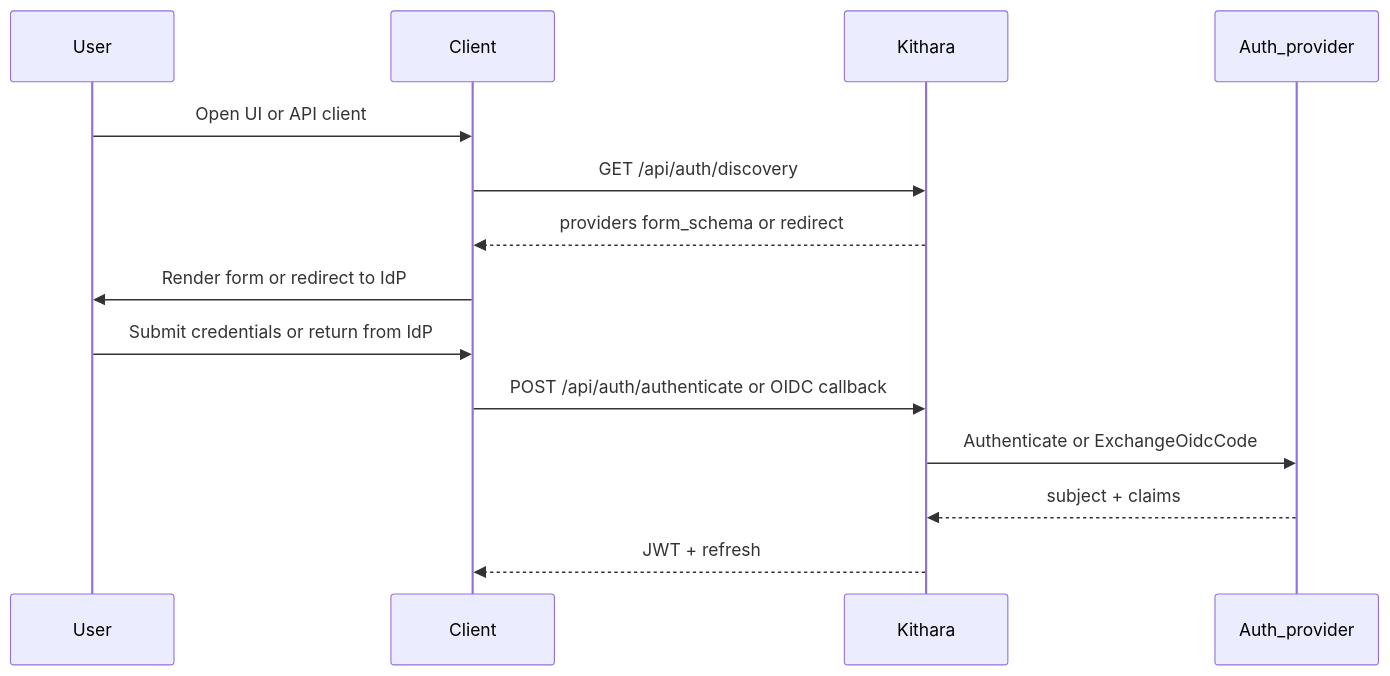
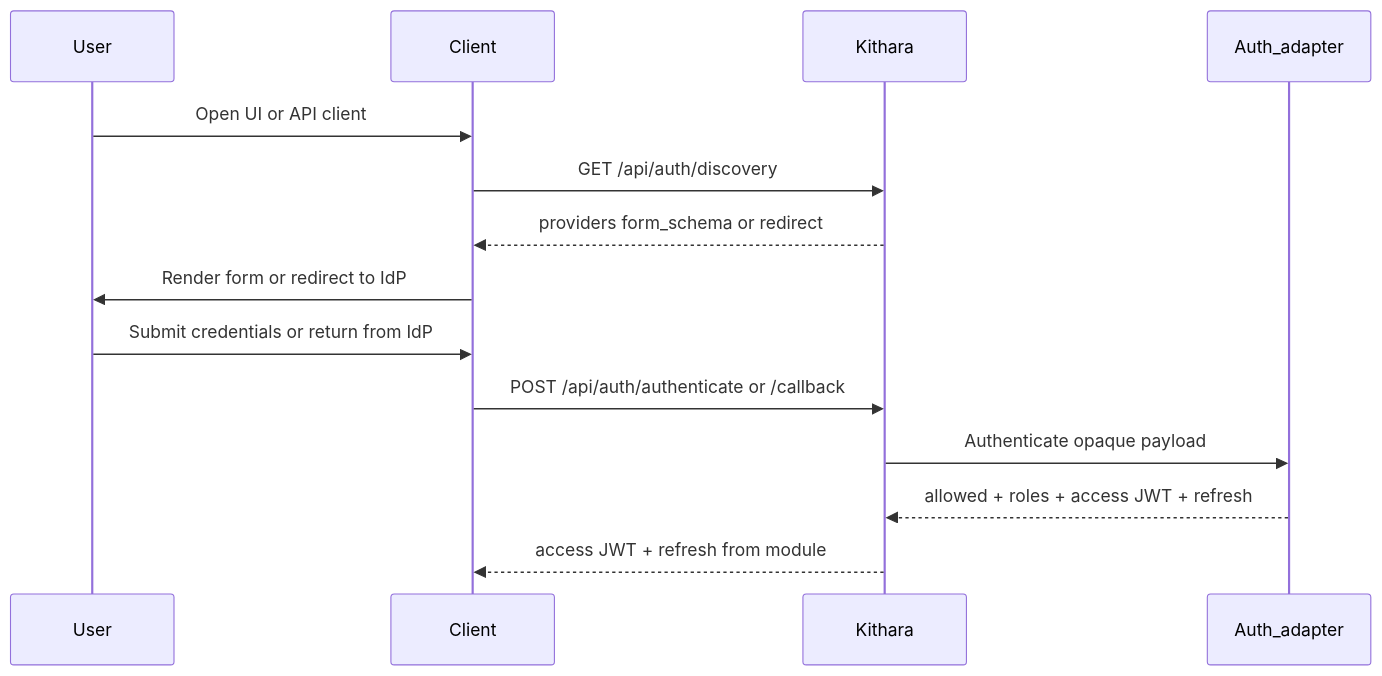
Before and after one commit to Bardie-radio/.github: the third of 3 diagrams in profile/docs/architecture/04-user-journeys.md, drawn with Mermaid. The commit also changed other lines of this file and 11 other files, not shown here.

````diff
--- a/profile/docs/architecture/04-user-journeys.md
+++ b/profile/docs/architecture/04-user-journeys.md
@@ -41,17 +41,17 @@
 ```mermaid
 sequenceDiagram
   participant User
   participant Client
   participant Kithara
-  participant Provider as Auth_provider
+  participant Adapter as Auth_adapter
 
   User->>Client: Open UI or API client
   Client->>Kithara: GET /api/auth/discovery
   Kithara-->>Client: providers form_schema or redirect
   Client->>User: Render form or redirect to IdP
   User->>Client: Submit credentials or return from IdP
-  Client->>Kithara: POST /api/auth/authenticate or OIDC callback
-  Kithara->>Provider: Authenticate or ExchangeOidcCode
-  Provider-->>Kithara: subject + claims
-  Kithara-->>Client: JWT + refresh
+  Client->>Kithara: POST /api/auth/authenticate or /callback
+  Kithara->>Adapter: Authenticate opaque payload
+  Adapter-->>Kithara: allowed + roles + access JWT + refresh
+  Kithara-->>Client: access JWT + refresh from module
 ```
````
